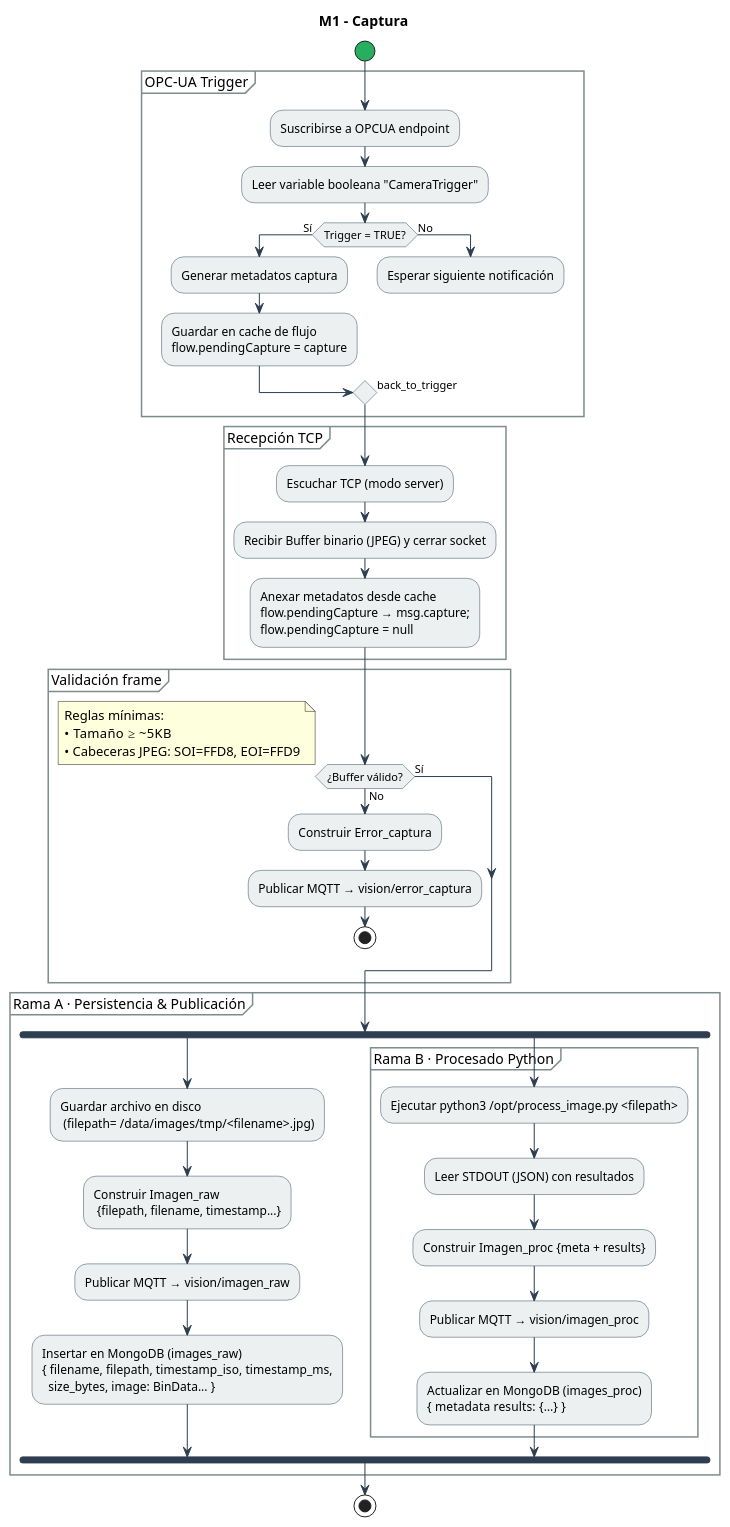
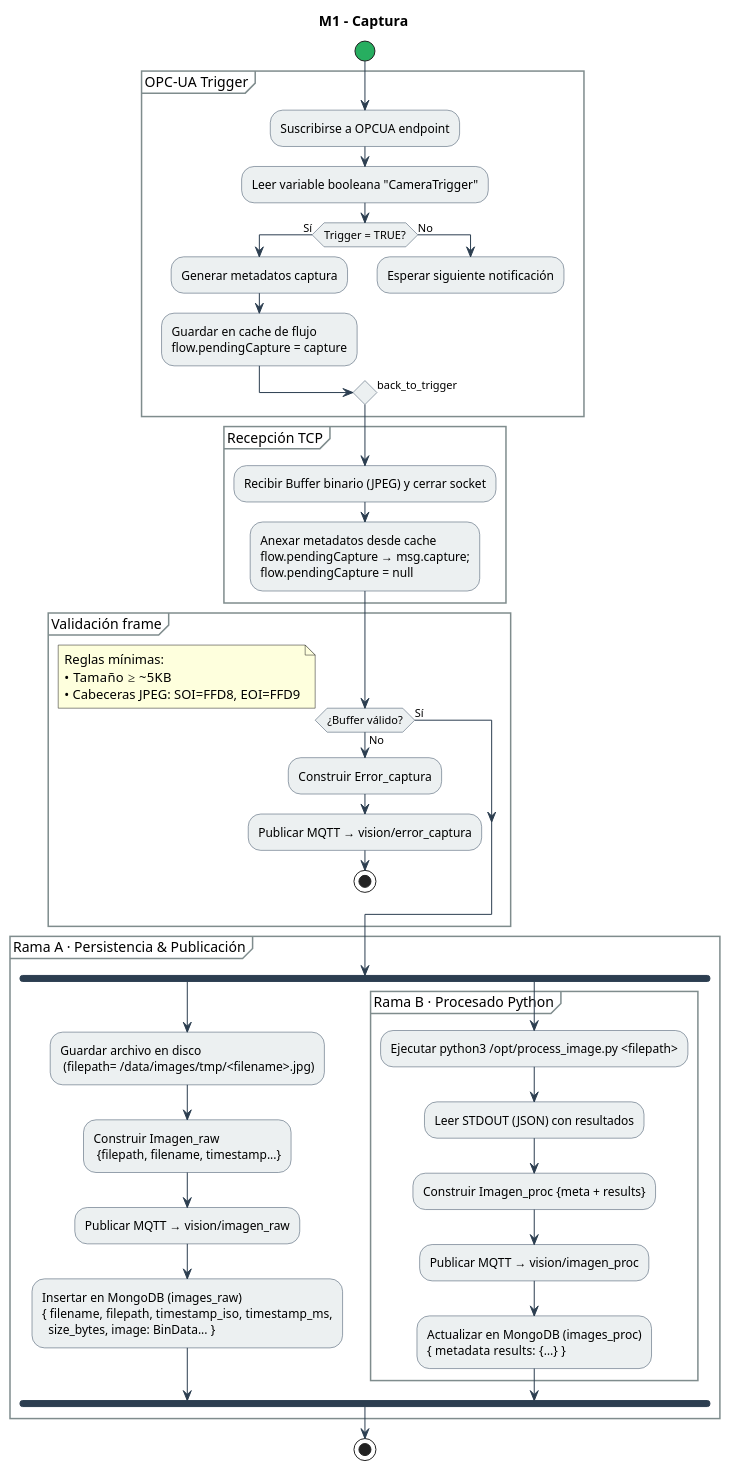
One commit to jalosu/FLATCLASS changed the diagram in content/uml/Modulo-1.puml. Above: the diagram before and after it, drawn with PlantUML. The commit also changed 11 other files, not shown here.

```diff
--- a/content/uml/Modulo-1.puml
+++ b/content/uml/Modulo-1.puml
@@ -1,68 +1,67 @@
 @startuml
 title M1 - Captura
 
 skinparam activity {
   ArrowColor #2c3e50
   BarColor #2c3e50
   BackgroundColor #ecf0f1
   BorderColor #34495e
   StartColor #27ae60
   EndColor #c0392b
 }
 skinparam partitionBorderColor #7f8c8d
 skinparam partitionBackgroundColor #ffffff
 
 start
 
 partition "OPC-UA Trigger" {
   :Suscribirse a OPCUA endpoint;
   :Leer variable booleana "CameraTrigger";
   if (Trigger = TRUE?) then (Sí)
     :Generar metadatos captura;
     :Guardar en cache de flujo\nflow.pendingCapture = capture;
   else (No)
     :Esperar siguiente notificación;
     -[hidden]-> back_to_trigger;
   endif
 }
 
 partition "Recepción TCP" {
-  :Escuchar TCP (modo server);
   :Recibir Buffer binario (JPEG) y cerrar socket;
   :Anexar metadatos desde cache\nflow.pendingCapture → msg.capture;\nflow.pendingCapture = null;
 }
 
 partition "Validación frame" {
   if (¿Buffer válido?) then (Sí)
     note right
       Reglas mínimas:
       • Tamaño ≥ ~5KB
       • Cabeceras JPEG: SOI=FFD8, EOI=FFD9
     end note
   else (No)
     :Construir Error_captura;
     :Publicar MQTT → vision/error_captura;
     stop
   endif
 }
 
 partition "Rama A · Persistencia & Publicación" {
   fork
   :Guardar archivo en disco\n (filepath= /data/images/tmp/<filename>.jpg);
   :Construir Imagen_raw\n {filepath, filename, timestamp...};
   :Publicar MQTT → vision/imagen_raw;
   :Insertar en MongoDB (images_raw)\n{ filename, filepath,  timestamp_iso, timestamp_ms,\n  size_bytes, image: BinData... };
   fork again
   partition "Rama B · Procesado Python" {
     :Ejecutar python3 /opt/process_image.py <filepath>;
     :Leer STDOUT (JSON) con resultados;
     :Construir Imagen_proc {meta + results};
     :Publicar MQTT → vision/imagen_proc;
     :Actualizar en MongoDB (images_proc)\n{ metadata  results: {…} };
   }
   end fork
 }
 
 stop
 
 @enduml
```
